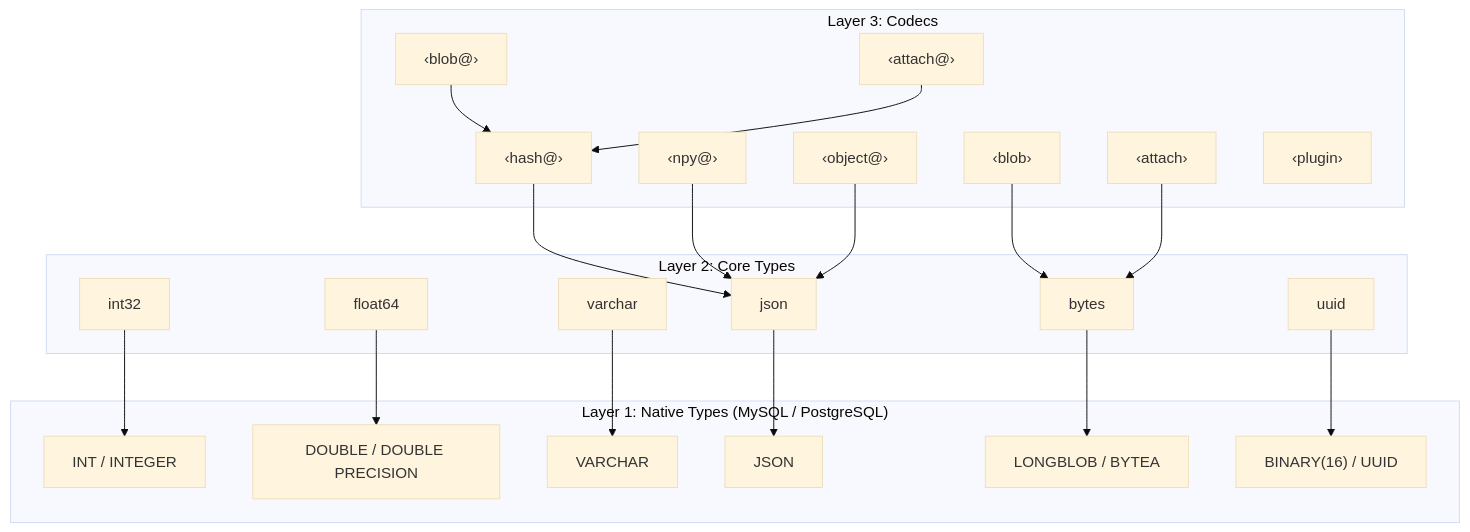
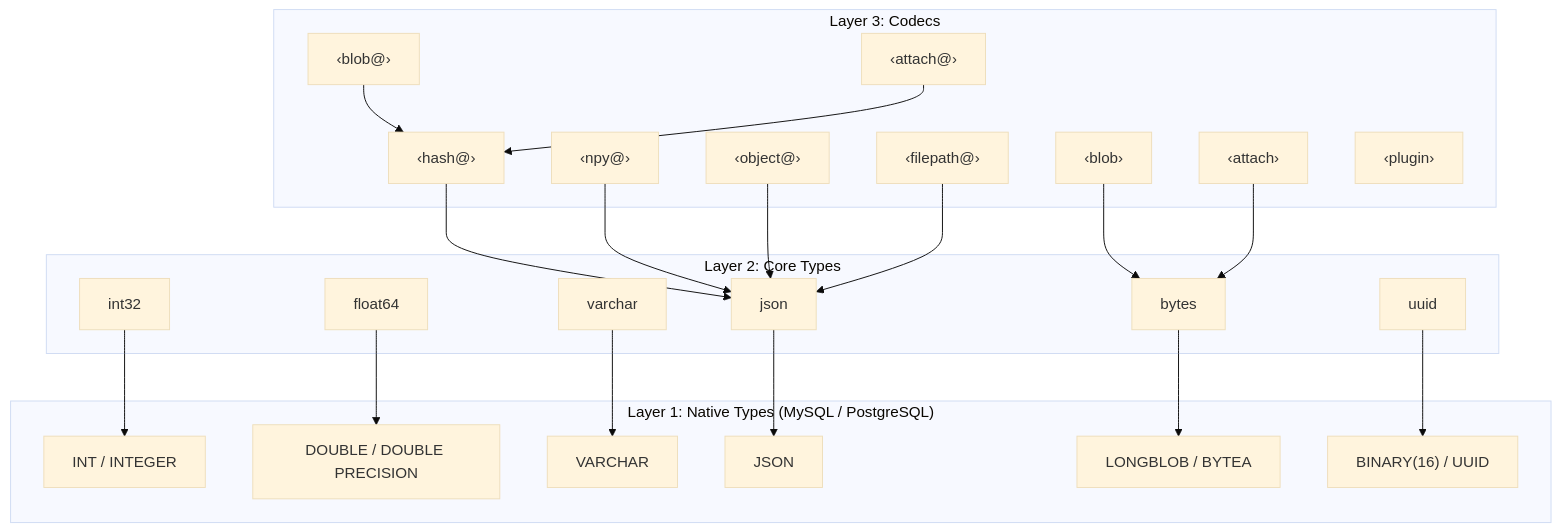
Before and after one commit to datajoint/datajoint-docs: the diagram in src/explanation/type-system.md, drawn with Mermaid (base theme).

Commit message:
docs: Add <filepath@> to diagram, chains to json

````diff
--- a/src/explanation/type-system.md
+++ b/src/explanation/type-system.md
@@ -11,44 +11,46 @@
 ```mermaid
 graph TB
     subgraph "Layer 3: Codecs"
         blob["‹blob›"]
         blob_at["‹blob@›"]
         attach["‹attach›"]
         attach_at["‹attach@›"]
         npy["‹npy@›"]
         object["‹object@›"]
+        filepath["‹filepath@›"]
         hash["‹hash@›"]
         plugin["‹plugin›"]
     end
     subgraph "Layer 2: Core Types"
         int32
         float64
         varchar
         json
         bytes
         uuid
     end
     subgraph "Layer 1: Native Types (MySQL / PostgreSQL)"
         INT["INT / INTEGER"]
         DOUBLE["DOUBLE / DOUBLE PRECISION"]
         VARCHAR_N["VARCHAR"]
         JSON_N["JSON"]
         BYTES_N["LONGBLOB / BYTEA"]
         UUID_N["BINARY(16) / UUID"]
     end
 
     blob --> bytes
     blob_at --> hash
     attach --> bytes
     attach_at --> hash
     hash --> json
     npy --> json
     object --> json
+    filepath --> json
 
     bytes --> BYTES_N
     json --> JSON_N
     int32 --> INT
     float64 --> DOUBLE
     varchar --> VARCHAR_N
     uuid --> UUID_N
 ```
````
